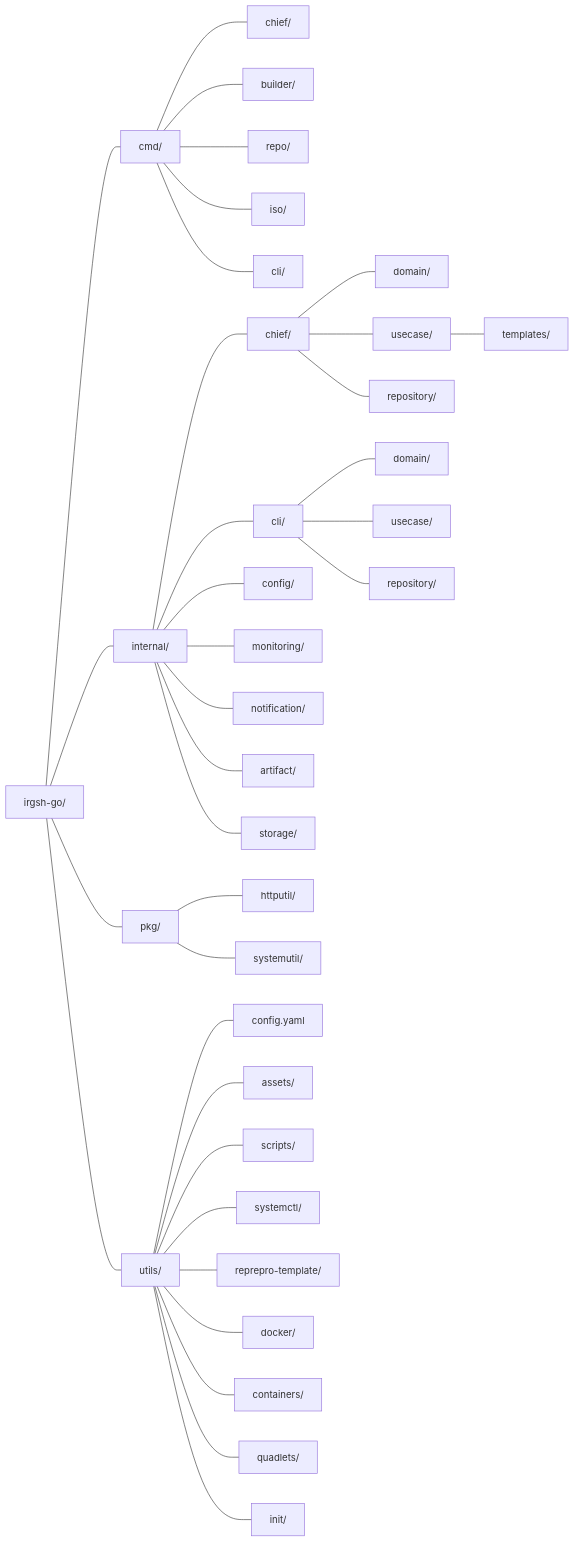
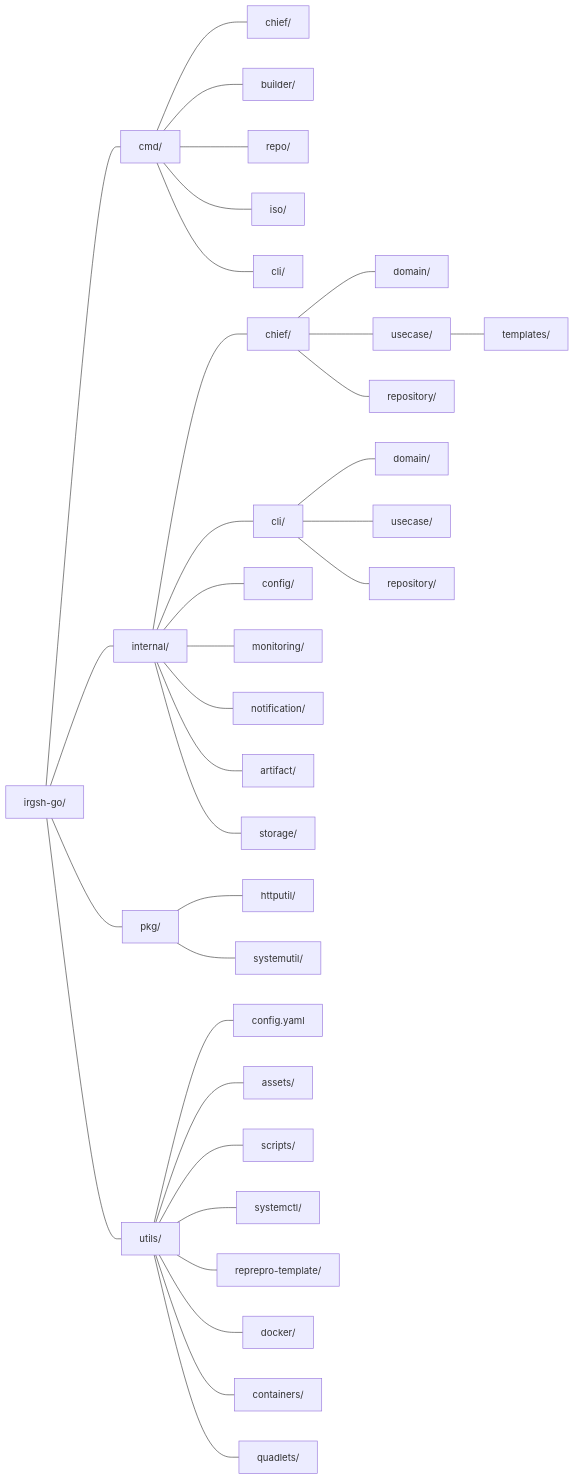
The second of 2 diagrams in AGENTS.md (BlankOn/irgsh-go), drawn with Mermaid before and after one commit. The commit also changed other lines of this file and 39 other files, not shown here.

````diff
--- a/AGENTS.md
+++ b/AGENTS.md
@@ -36,44 +36,43 @@
 ```mermaid
 graph LR
     root["irgsh-go/"] --- cmd["cmd/"]
     root --- internal["internal/"]
     root --- pkg["pkg/"]
     root --- utils["utils/"]
 
     cmd --- cmd_chief["chief/"]
     cmd --- cmd_builder["builder/"]
     cmd --- cmd_repo["repo/"]
     cmd --- cmd_iso["iso/"]
     cmd --- cmd_cli["cli/"]
 
     internal --- chief["chief/"]
     internal --- cli["cli/"]
     internal --- config["config/"]
     internal --- monitoring["monitoring/"]
     internal --- notification["notification/"]
     internal --- artifact["artifact/"]
     internal --- storage["storage/"]
 
     chief --- chief_domain["domain/"]
     chief --- chief_usecase["usecase/"]
     chief --- chief_repo["repository/"]
 
     chief_usecase --- chief_templates["templates/"]
 
     cli --- cli_domain["domain/"]
     cli --- cli_usecase["usecase/"]
     cli --- cli_repo["repository/"]
 
     pkg --- httputil["httputil/"]
     pkg --- systemutil["systemutil/"]
 
     utils --- config_yaml["config.yaml"]
     utils --- assets["assets/"]
     utils --- scripts["scripts/"]
     utils --- systemctl["systemctl/"]
     utils --- reprepro["reprepro-template/"]
     utils --- docker["docker/"]
     utils --- containers["containers/"]
     utils --- quadlets["quadlets/"]
-    utils --- init_dir["init/"]
 ```
````
